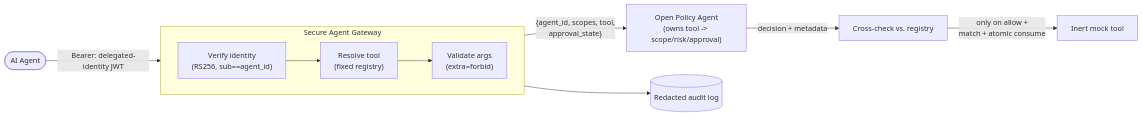
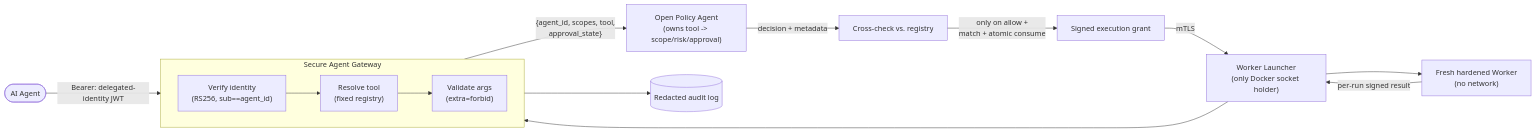
One commit to jspillers10/secure-agent-gateway changed the diagram in README.md. Above: the diagram before and after it, drawn with Mermaid. The commit also changed other lines of this file and 47 other files, not shown here.

First line of the commit message:
feat: isolate agent tool execution in disposable workers (#2)

````diff
--- a/README.md
+++ b/README.md
@@ -54,13 +56,17 @@
 ```mermaid
 flowchart LR
     Agent(["AI Agent"]) -- "Bearer: delegated-identity JWT" --> Gateway
     subgraph Gateway["Secure Agent Gateway"]
         direction LR
         Identity["Verify identity<br/>(RS256, sub==agent_id)"] --> Registry["Resolve tool<br/>(fixed registry)"]
         Registry --> Validate["Validate args<br/>(extra=forbid)"]
     end
     Validate -- "{agent_id, scopes, tool,<br/>approval_state}" --> OPA["Open Policy Agent<br/>(owns tool -> scope/risk/approval)"]
     OPA -- "decision + metadata" --> CrossCheck["Cross-check vs. registry"]
-    CrossCheck -- "only on allow +<br/>match + atomic consume" --> Tool["Inert mock tool"]
+    CrossCheck -- "only on allow +<br/>match + atomic consume" --> Grant["Signed execution grant"]
+    Grant -- "mTLS" --> Launcher["Worker Launcher<br/>(only Docker socket holder)"]
+    Launcher --> Worker["Fresh hardened Worker<br/>(no network)"]
+    Worker -- "per-run signed result" --> Launcher
+    Launcher --> Gateway
     Gateway --> Audit[("Redacted audit log")]
 ```
````
